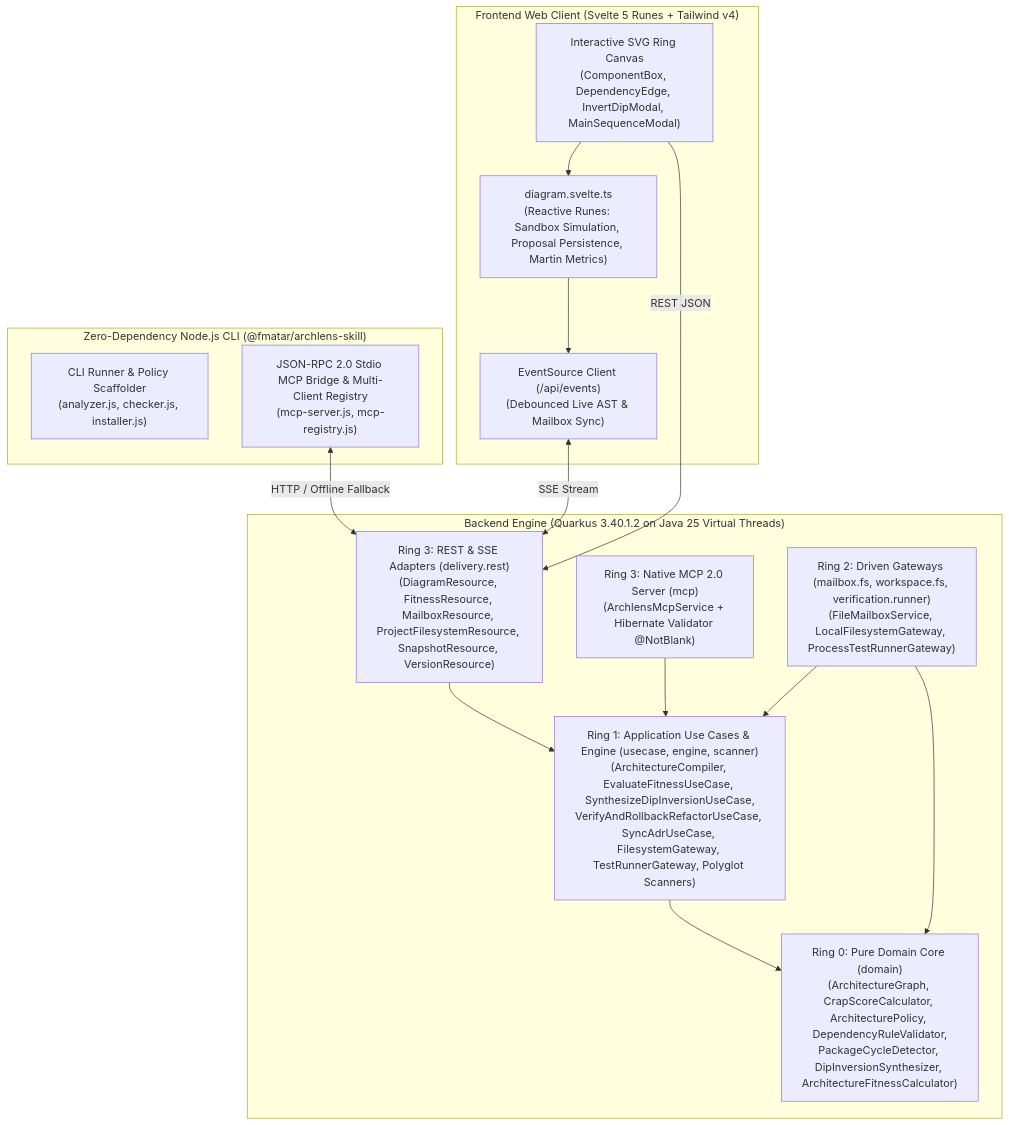
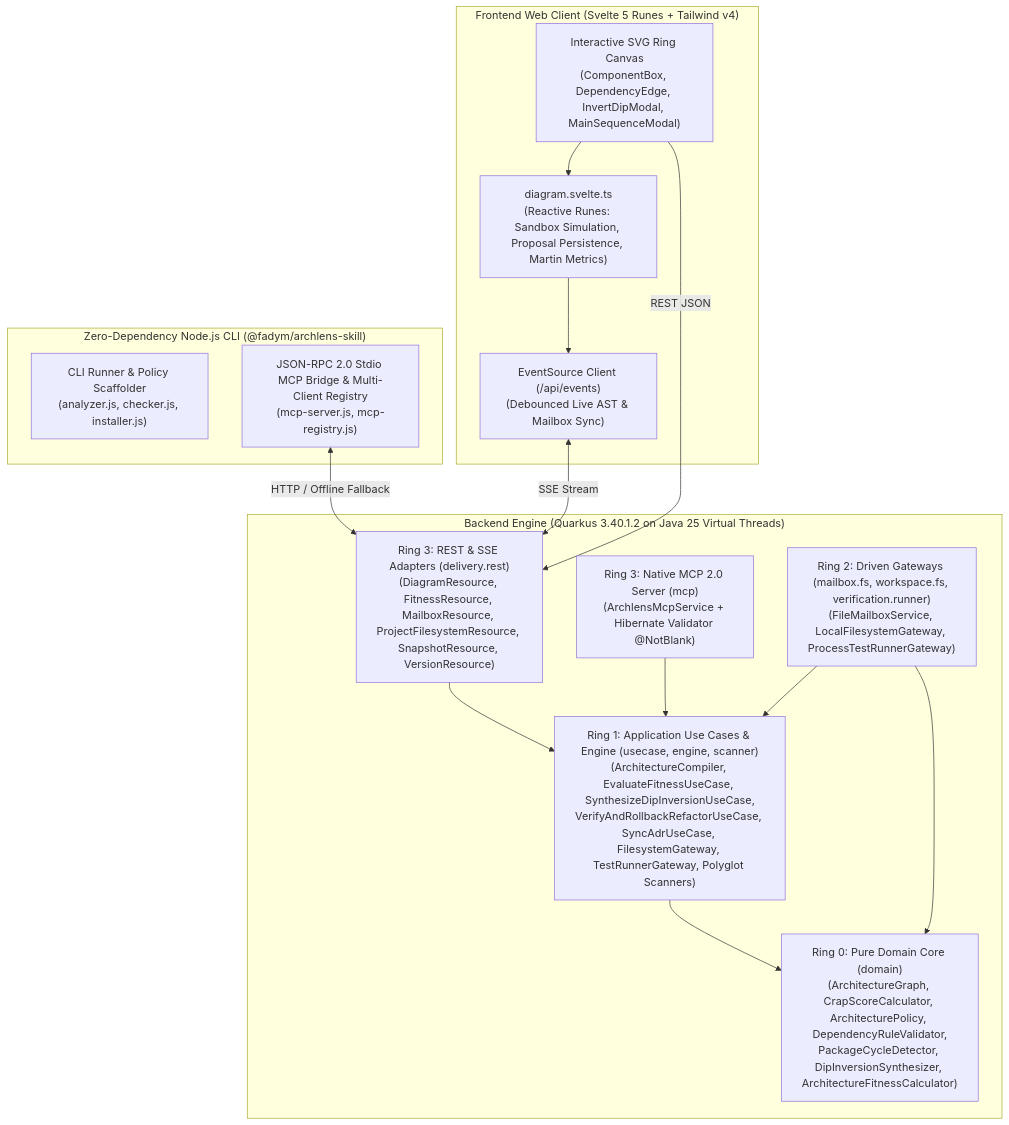
One commit to fmatar/archlens changed the second of 2 diagrams in docs/specs/C4_ARCHITECTURE.md. Above: the diagram before and after it, drawn with Mermaid. The commit also changed other lines of this file and 36 other files, not shown here.

Commit message:
ci(release): migrate npm package scope to @fadym/archlens-skill with OIDC (#247)

````diff
--- a/docs/specs/C4_ARCHITECTURE.md
+++ b/docs/specs/C4_ARCHITECTURE.md
@@ -31,32 +31,32 @@
 ```mermaid
 flowchart TD
     subgraph FrontendContainer ["Frontend Web Client (Svelte 5 Runes + Tailwind v4)"]
         UI["Interactive SVG Ring Canvas\n(ComponentBox, DependencyEdge, InvertDipModal, MainSequenceModal)"]
         State["diagram.svelte.ts\n(Reactive Runes: Sandbox Simulation, Proposal Persistence, Martin Metrics)"]
         SSEListener["EventSource Client (/api/events)\n(Debounced Live AST & Mailbox Sync)"]
     end
 
-    subgraph CliContainer ["Zero-Dependency Node.js CLI (@fmatar/archlens-skill)"]
+    subgraph CliContainer ["Zero-Dependency Node.js CLI (@fadym/archlens-skill)"]
         CliBin["CLI Runner & Policy Scaffolder\n(analyzer.js, checker.js, installer.js)"]
         McpStdio["JSON-RPC 2.0 Stdio MCP Bridge & Multi-Client Registry\n(mcp-server.js, mcp-registry.js)"]
     end
 
     subgraph BackendContainer ["Backend Engine (Quarkus 3.40.1.2 on Java 25 Virtual Threads)"]
         RestDelivery["Ring 3: REST & SSE Adapters (delivery.rest)\n(DiagramResource, FitnessResource, MailboxResource, ProjectFilesystemResource, SnapshotResource, VersionResource)"]
         McpDelivery["Ring 3: Native MCP 2.0 Server (mcp)\n(ArchlensMcpService + Hibernate Validator @NotBlank)"]
         DrivenAdapters["Ring 2: Driven Gateways (mailbox.fs, workspace.fs, verification.runner)\n(FileMailboxService, LocalFilesystemGateway, ProcessTestRunnerGateway)"]
         UseCases["Ring 1: Application Use Cases & Engine (usecase, engine, scanner)\n(ArchitectureCompiler, EvaluateFitnessUseCase, SynthesizeDipInversionUseCase,\nVerifyAndRollbackRefactorUseCase, SyncAdrUseCase, FilesystemGateway, TestRunnerGateway, Polyglot Scanners)"]
         DomainCore["Ring 0: Pure Domain Core (domain)\n(ArchitectureGraph, CrapScoreCalculator, ArchitecturePolicy, DependencyRuleValidator,\nPackageCycleDetector, DipInversionSynthesizer, ArchitectureFitnessCalculator)"]
     end
 
     UI --> State
     State --> SSEListener
     SSEListener <-->|SSE Stream| RestDelivery
     UI -->|REST JSON| RestDelivery
     McpStdio <-->|HTTP / Offline Fallback| RestDelivery
     RestDelivery --> UseCases
     McpDelivery --> UseCases
     DrivenAdapters --> UseCases
     DrivenAdapters --> DomainCore
     UseCases --> DomainCore
 ```
````
